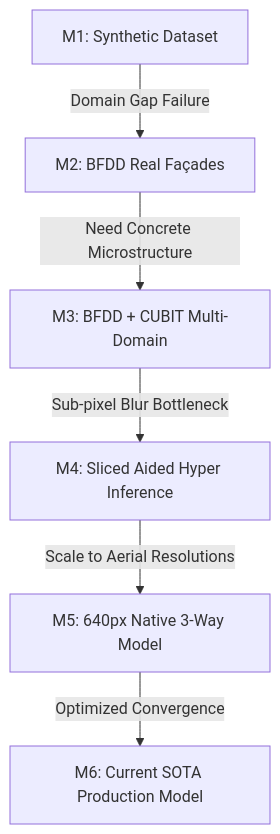
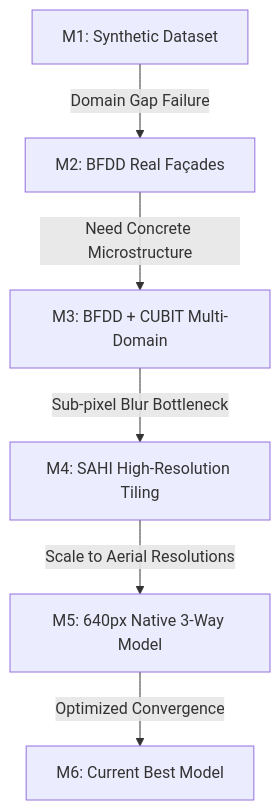
Before and after one commit to sanjeevafk/glasseye: the diagram in docs/engineering-story.md, drawn with Mermaid. The commit also changed other lines of this file and 1 other file, not shown here.

Commit message:
docs: refine engineering story terminology to Current Best, SAHI High-Resolution Tiling, and 4x input pixels

````diff
--- a/docs/engineering-story.md
+++ b/docs/engineering-story.md
@@ -50,8 +50,8 @@
 ```mermaid
 graph TD
     A[M1: Synthetic Dataset] -->|Domain Gap Failure| B[M2: BFDD Real Façades]
     B -->|Need Concrete Microstructure| C[M3: BFDD + CUBIT Multi-Domain]
-    C -->|Sub-pixel Blur Bottleneck| D[M4: Sliced Aided Hyper Inference]
+    C -->|Sub-pixel Blur Bottleneck| D[M4: SAHI High-Resolution Tiling]
     D -->|Scale to Aerial Resolutions| E[M5: 640px Native 3-Way Model]
-    E -->|Optimized Convergence| F[M6: Current SOTA Production Model]
+    E -->|Optimized Convergence| F[M6: Current Best Model]
 ```
````
